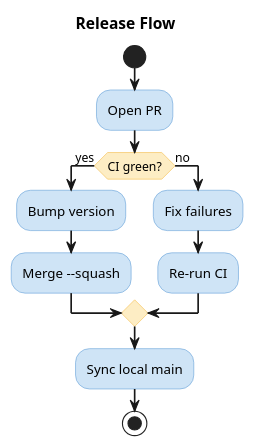
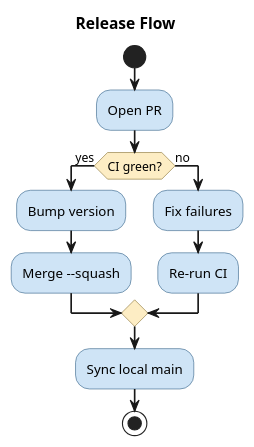
One commit to artem-from-ua/claude-plugins changed the first of 2 diagrams in plugins/plantuml/skills/plantuml-diagram-guide/references/styling.md. Above: the diagram before and after it, drawn with PlantUML. The commit also changed other lines of this file and 3 other files, not shown here.

First line of the commit message:
feat(plantuml): derive each palette border from its own fill

````diff
--- a/plugins/plantuml/skills/plantuml-diagram-guide/references/styling.md
+++ b/plugins/plantuml/skills/plantuml-diagram-guide/references/styling.md
@@ -21,22 +21,22 @@
 ```plantuml
 @startuml
 title Release Flow
 skinparam ArrowThickness 1.5
 skinparam ActivityBackgroundColor #CFE4F6
-skinparam ActivityBorderColor #5B9BD5
+skinparam ActivityBorderColor #25557E
 skinparam ActivityDiamondBackgroundColor #FDEDC4
-skinparam ActivityDiamondBorderColor #F4B942
+skinparam ActivityDiamondBorderColor #7E6525
 
 start
 :Open PR;
 if (CI green?) then (yes)
   :Bump version;
   :Merge --squash;
 else (no)
   :Fix failures;
   :Re-run CI;
 endif
 :Sync local main;
 stop
 @enduml
 ```
````
